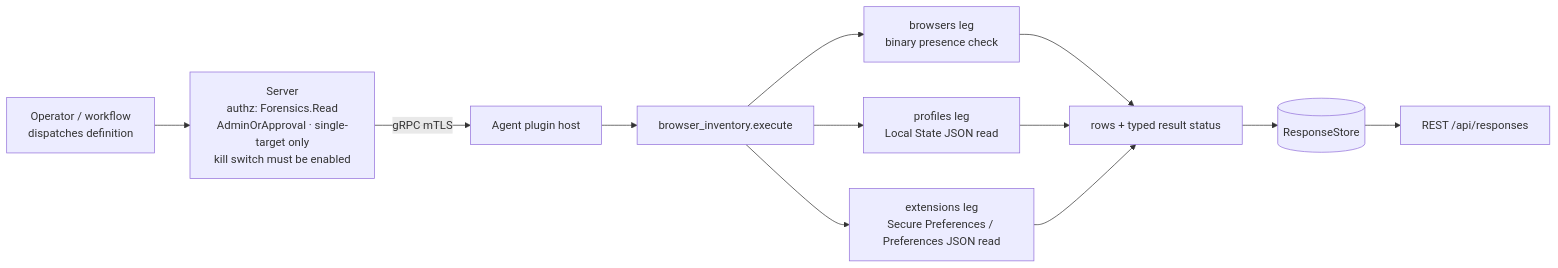
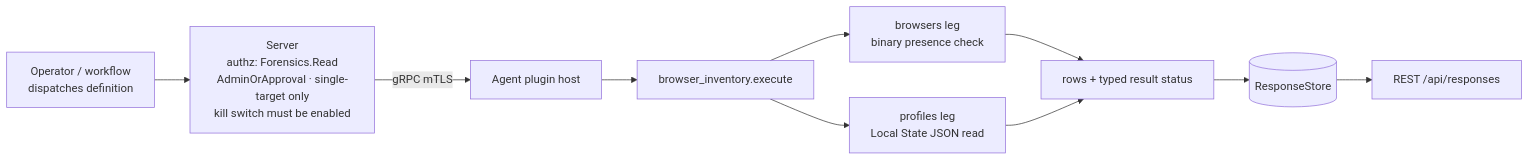
One commit to Tr3kkR/Yuzu changed the diagram in agents/plugins/browser_inventory/README.md. Above: the diagram before and after it, drawn with Mermaid. The commit also changed other lines of this file and 28 other files, not shown here.

````diff
--- a/agents/plugins/browser_inventory/README.md
+++ b/agents/plugins/browser_inventory/README.md
@@ -23,10 +23,9 @@
 ```mermaid
 flowchart LR
   OP[Operator / workflow<br/>dispatches definition] --> SRV[Server<br/>authz: Forensics.Read<br/>AdminOrApproval · single-target only<br/>kill switch must be enabled]
   SRV -- gRPC mTLS --> HOST[Agent plugin host]
   HOST --> EX[browser_inventory.execute]
   EX --> BR[browsers leg<br/>binary presence check]
   EX --> PR[profiles leg<br/>Local State JSON read]
-  EX --> XT[extensions leg<br/>Secure Preferences / Preferences JSON read]
-  BR & PR & XT --> ROWS[rows + typed result status] --> RS[(ResponseStore)] --> API[REST /api/responses]
+  BR & PR --> ROWS[rows + typed result status] --> RS[(ResponseStore)] --> API[REST /api/responses]
 ```
````
